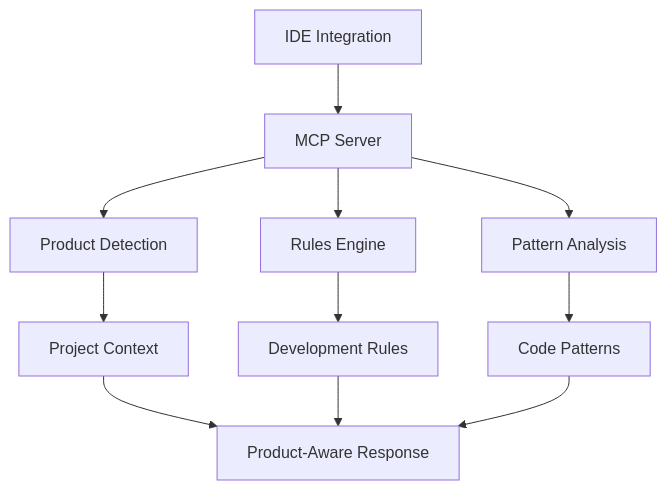
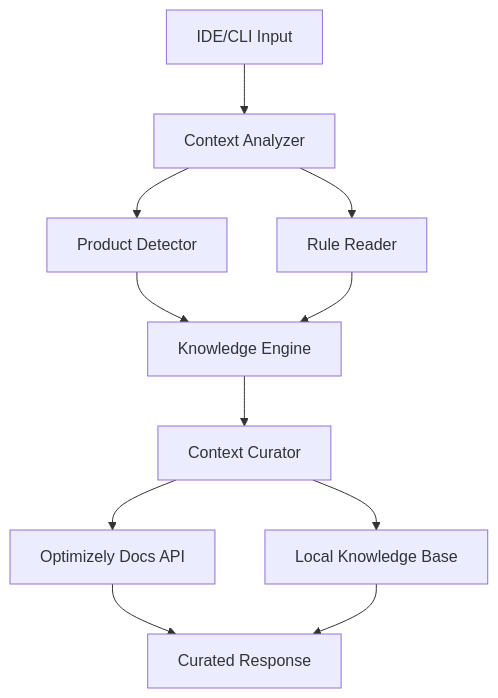
One commit to biswajitpanday/Optivise changed the diagram in docs/SRS.md. Above: the diagram before and after it, drawn with Mermaid. The commit also changed other lines of this file and 4 other files, not shown here.

````diff
--- a/docs/SRS.md
+++ b/docs/SRS.md
@@ -11,15 +11,13 @@
 ```mermaid
 graph TD
-    A[IDE Integration] --> B[MCP Server]
-    B --> C[Product Detection]
-    B --> D[Rules Engine]
-    B --> E[Pattern Analysis]
-    
-    C --> F[Project Context]
-    D --> G[Development Rules]
-    E --> H[Code Patterns]
-    
-    F --> I[Product-Aware Response]
-    G --> I
+    A[IDE/CLI Input] --> B[Context Analyzer]
+    B --> C[Product Detector]
+    B --> D[Rule Reader]
+    C --> E[Knowledge Engine]
+    D --> E
+    E --> F[Context Curator]
+    F --> G[Optimizely Docs API]
+    F --> H[Local Knowledge Base]
+    G --> I[Curated Response]
     H --> I
 ```
````
